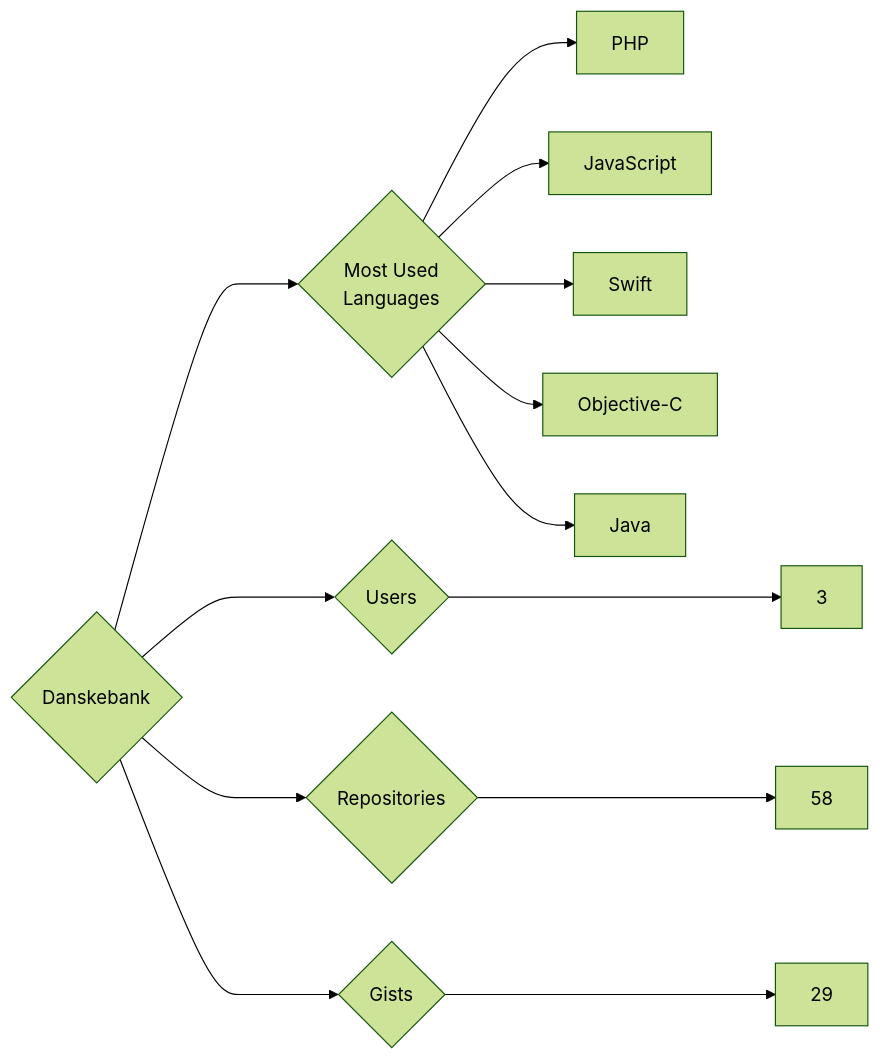
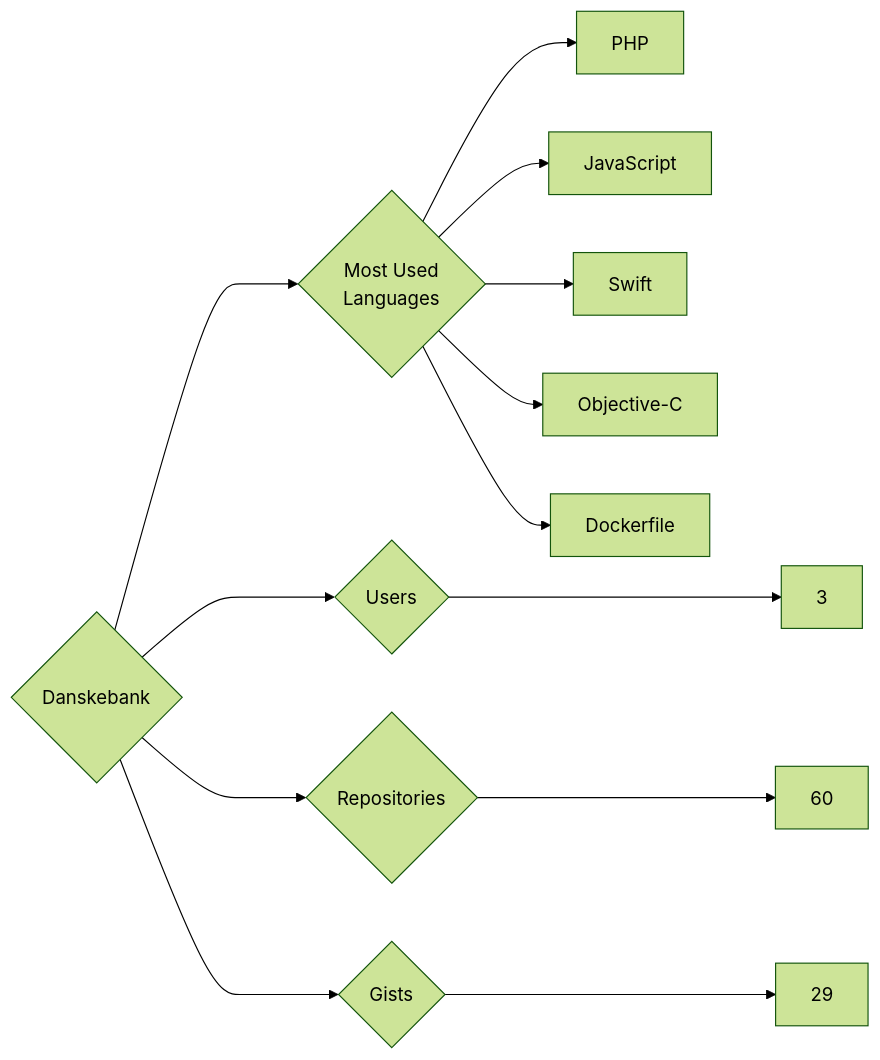
One commit to trickest/insiders changed the diagram in targets/Danskebank/README.md. Above: the diagram before and after it, drawn with Mermaid (forest theme). The commit also changed 682 other files, not shown here.

````diff
--- a/targets/Danskebank/README.md
+++ b/targets/Danskebank/README.md
@@ -3,13 +3,13 @@
 ```mermaid
 graph LR
 COMPANY_NAME{Danskebank}
 COMPANY_NAME ---> U{Users} ---> UN[3]
-COMPANY_NAME ---> R{Repositories} ---> RN[58]
+COMPANY_NAME ---> R{Repositories} ---> RN[60]
 COMPANY_NAME ---> G{Gists} ---> GN[29]
 COMPANY_NAME ---> ML{Most Used<br>Languages}
 ML --> PHP[PHP]
 ML --> JavaScript[JavaScript]
 ML --> Swift[Swift]
 ML --> Objective-C[Objective-C]
-ML --> Java[Java]
+ML --> Dockerfile[Dockerfile]
 ```
````
